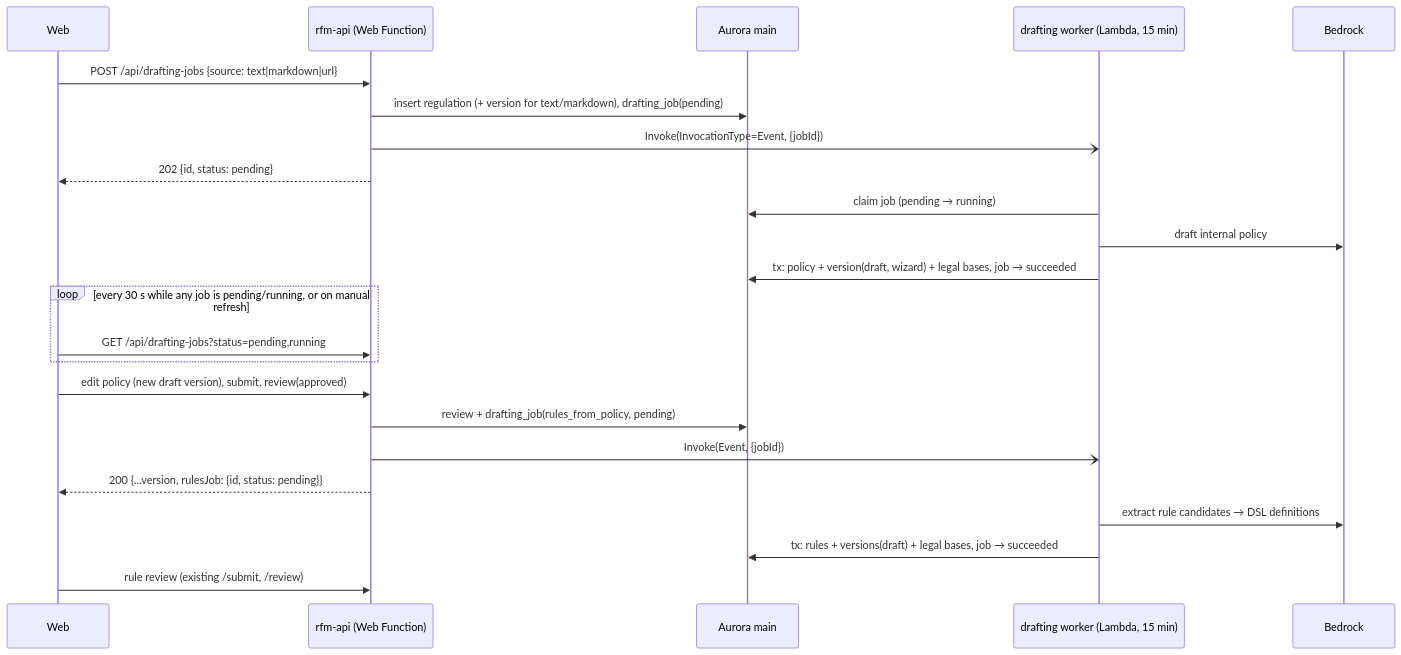
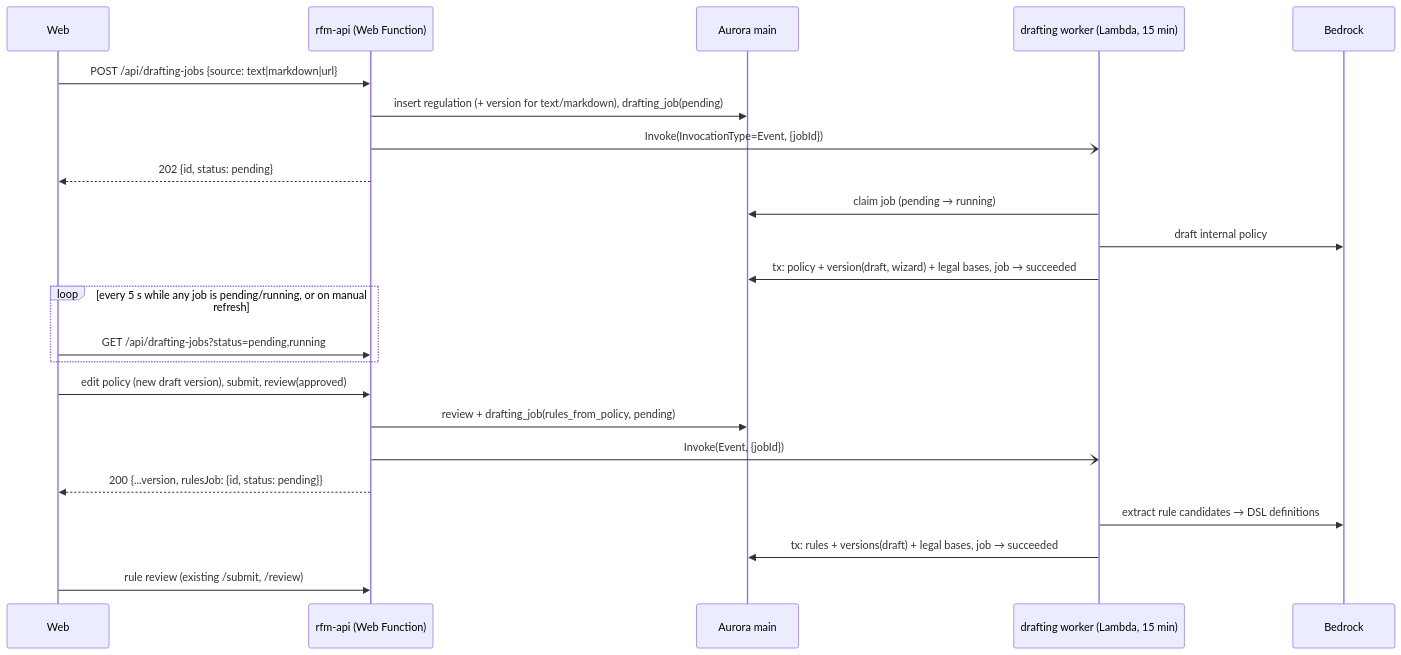
The diagram in spec/drafting-jobs.md (jiri-vyc/red-flag-monitoring), drawn with Mermaid before and after one commit. The commit also changed other lines of this file and 5 other files, not shown here.

````diff
--- a/spec/drafting-jobs.md
+++ b/spec/drafting-jobs.md
@@ -23,26 +23,26 @@
 ```mermaid
 sequenceDiagram
     participant FE as Web
     participant API as rfm-api (Web Function)
     participant DB as Aurora main
     participant W as drafting worker (Lambda, 15 min)
     participant BR as Bedrock
 
     FE->>API: POST /api/drafting-jobs {source: text|markdown|url}
     API->>DB: insert regulation (+ version for text/markdown), drafting_job(pending)
     API-)W: Invoke(InvocationType=Event, {jobId})
     API-->>FE: 202 {id, status: pending}
     W->>DB: claim job (pending → running)
     W->>BR: draft internal policy
     W->>DB: tx: policy + version(draft, wizard) + legal bases, job → succeeded
-    loop every 30 s while any job is pending/running, or on manual refresh
+    loop every 5 s while any job is pending/running, or on manual refresh
         FE->>API: GET /api/drafting-jobs?status=pending,running
     end
     FE->>API: edit policy (new draft version), submit, review(approved)
     API->>DB: review + drafting_job(rules_from_policy, pending)
     API-)W: Invoke(Event, {jobId})
     API-->>FE: 200 {...version, rulesJob: {id, status: pending}}
     W->>BR: extract rule candidates → DSL definitions
     W->>DB: tx: rules + versions(draft) + legal bases, job → succeeded
     FE->>API: rule review (existing /submit, /review)
 ```
````
